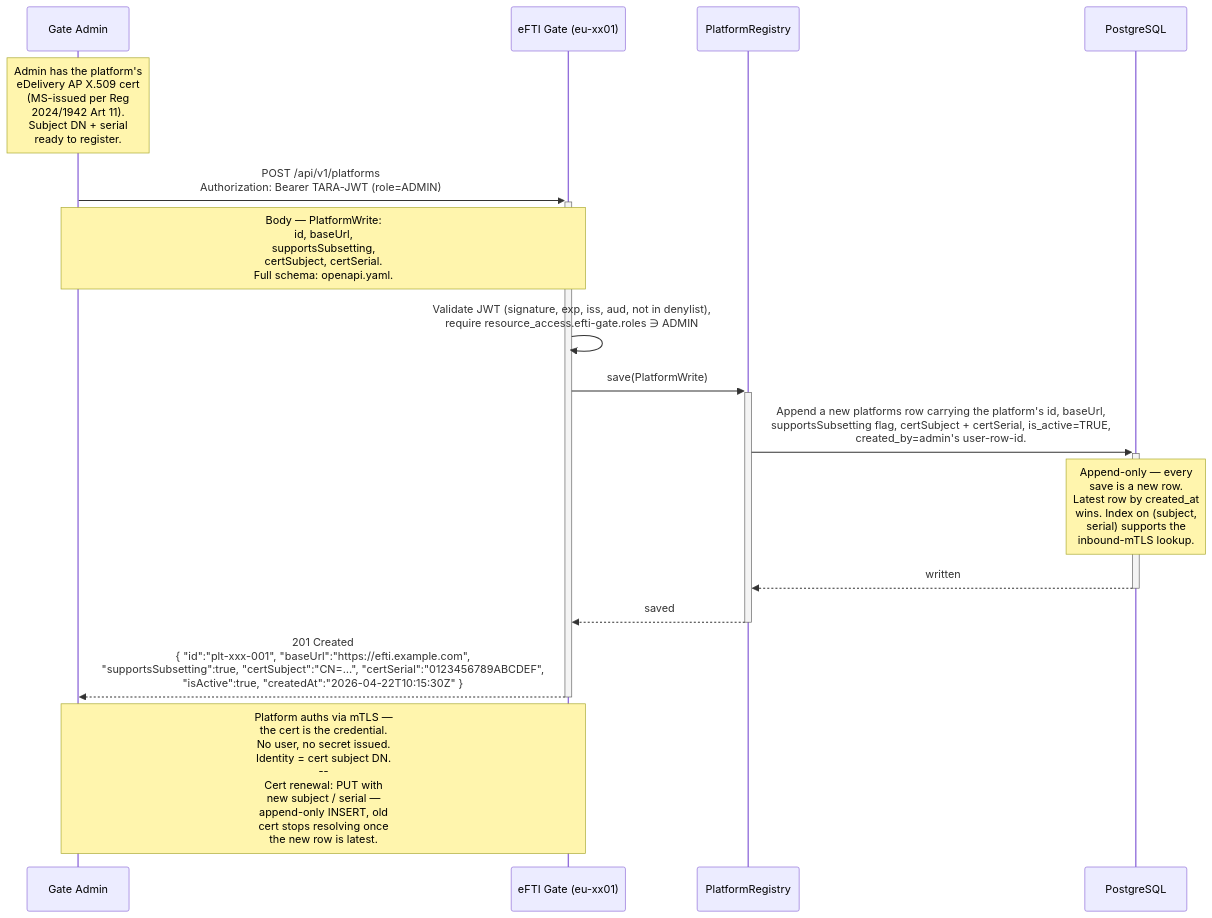
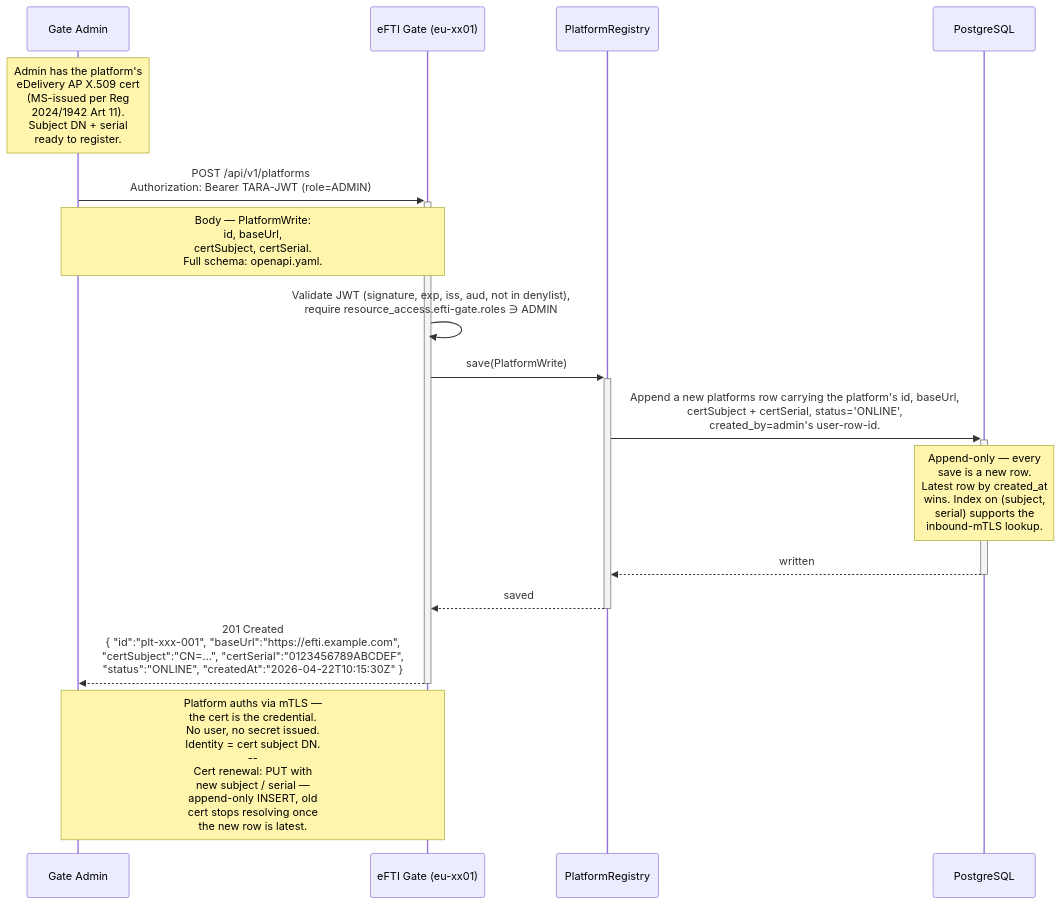
The diagram in docs/specs/diagrams/seq-10-platform-registration.mmd (kemit-ee/efti-gate-ee), drawn with Mermaid before and after one commit. The commit also changed 26 other files, not shown here.

First line of the commit message:
refactor: remove supports_subsetting from platforms (ADR-003) + fix ADR-002 date

```diff
--- a/docs/specs/diagrams/seq-10-platform-registration.mmd
+++ b/docs/specs/diagrams/seq-10-platform-registration.mmd
@@ -1,22 +1,22 @@
 sequenceDiagram
     participant Admin as Gate Admin
     participant Gate as eFTI Gate (eu-xx01)
     participant PlatformReg as PlatformRegistry
     participant DB as PostgreSQL
 
     Note over Admin: Admin has the platform's<br/>eDelivery AP X.509 cert<br/>(MS-issued per Reg<br/>2024/1942 Art 11).<br/>Subject DN + serial<br/>ready to register.
 
     Admin->>+Gate: POST /api/v1/platforms<br/>Authorization: Bearer TARA-JWT (role=ADMIN)
-    Note over Admin,Gate: Body — PlatformWrite:<br/>id, baseUrl,<br/>supportsSubsetting,<br/>certSubject, certSerial.<br/>Full schema: openapi.yaml.
+    Note over Admin,Gate: Body — PlatformWrite:<br/>id, baseUrl,<br/>certSubject, certSerial.<br/>Full schema: openapi.yaml.
 
     Gate->>Gate: Validate JWT (signature, exp, iss, aud, not in denylist),<br/>require resource_access.efti-gate.roles ∋ ADMIN
 
     Gate->>+PlatformReg: save(PlatformWrite)
-    PlatformReg->>+DB: Append a new platforms row carrying the platform's id, baseUrl,<br/>supportsSubsetting flag, certSubject + certSerial, is_active=TRUE,<br/>created_by=admin's user-row-id.
+    PlatformReg->>+DB: Append a new platforms row carrying the platform's id, baseUrl,<br/>certSubject + certSerial, status='ONLINE',<br/>created_by=admin's user-row-id.
     Note over DB: Append-only — every<br/>save is a new row.<br/>Latest row by created_at<br/>wins. Index on (subject,<br/>serial) supports the<br/>inbound-mTLS lookup.
     DB-->>-PlatformReg: written
     PlatformReg-->>-Gate: saved
 
-    Gate-->>-Admin: 201 Created<br/>{ "id":"plt-xxx-001", "baseUrl":"https://efti.example.com",<br/>  "supportsSubsetting":true, "certSubject":"CN=…", "certSerial":"0123456789ABCDEF",<br/>  "isActive":true, "createdAt":"2026-04-22T10:15:30Z" }
+    Gate-->>-Admin: 201 Created<br/>{ "id":"plt-xxx-001", "baseUrl":"https://efti.example.com",<br/>  "certSubject":"CN=…", "certSerial":"0123456789ABCDEF",<br/>  "status":"ONLINE", "createdAt":"2026-04-22T10:15:30Z" }
 
     Note over Admin,Gate: Platform auths via mTLS —<br/>the cert is the credential.<br/>No user, no secret issued.<br/>Identity = cert subject DN.<br/>--<br/>Cert renewal: PUT with<br/>new subject / serial —<br/>append-only INSERT, old<br/>cert stops resolving once<br/>the new row is latest.
```
